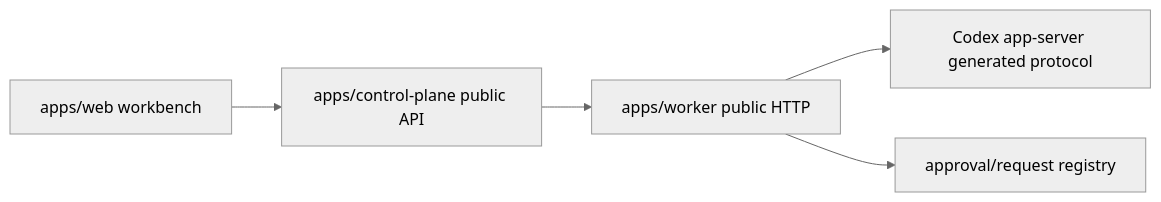
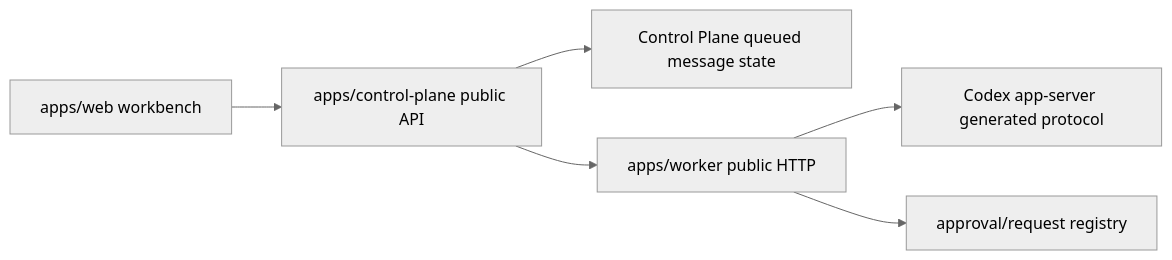
Before and after one commit to VintLin/codex-remote: the diagram in docs/superpowers/specs/2026-06-21-conversation-workbench-parity-design.md, drawn with Mermaid (neutral theme). The commit also changed other lines of this file and 27 other files, not shown here.

````diff
--- a/docs/superpowers/specs/2026-06-21-conversation-workbench-parity-design.md
+++ b/docs/superpowers/specs/2026-06-21-conversation-workbench-parity-design.md
@@ -37,7 +87,8 @@
 ```mermaid
 flowchart LR
   Web["apps/web workbench"] --> CP["apps/control-plane public API"]
+  CP --> Queue["Control Plane queued message state"]
   CP --> Worker["apps/worker public HTTP"]
   Worker --> AppServer["Codex app-server generated protocol"]
   Worker --> Registry["approval/request registry"]
 ```
````
